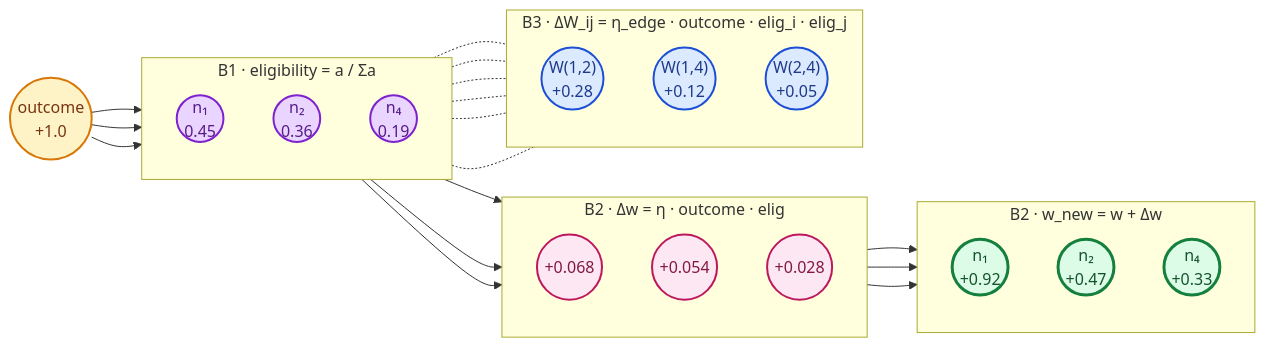
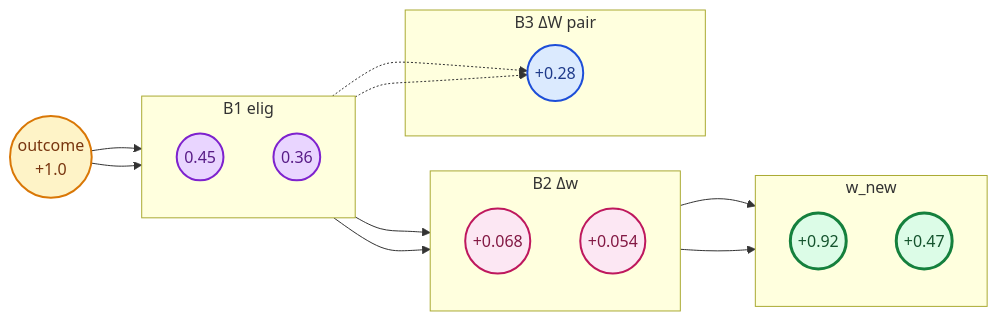
One commit to vitalops/coherence changed the third of 6 diagrams in docs/architecture.md. Above: the diagram before and after it, drawn with Mermaid. The commit also changed other lines of this file, not shown here.

Commit message:
upd: fix ugly diagrams

````diff
--- a/docs/architecture.md
+++ b/docs/architecture.md
@@ -140,53 +138,39 @@
 ```mermaid
 flowchart LR
-    OUT(("outcome<br/>+1.0")):::input
+    O((outcome<br/>+1.0)):::input
 
-    subgraph EL["B1 · eligibility = a / Σa"]
+    subgraph B1["B1 elig"]
         direction TB
-        e1(("n₁<br/>0.45")):::elig
-        e2(("n₂<br/>0.36")):::elig
-        e4(("n₄<br/>0.19")):::elig
+        e1((0.45)):::elig
+        e2((0.36)):::elig
     end
 
-    subgraph DW["B2 · Δw = η · outcome · elig"]
+    subgraph B2["B2 Δw"]
         direction TB
-        dw1(("+0.068")):::delta
-        dw2(("+0.054")):::delta
-        dw4(("+0.028")):::delta
+        d1((+0.068)):::delta
+        d2((+0.054)):::delta
     end
 
-    subgraph WN["B2 · w_new = w + Δw"]
+    subgraph WN["w_new"]
         direction TB
-        w1(("n₁<br/>+0.92")):::weight
-        w2(("n₂<br/>+0.47")):::weight
-        w4(("n₄<br/>+0.33")):::weight
+        w1((+0.92)):::weight
+        w2((+0.47)):::weight
     end
 
-    subgraph HE["B3 · ΔW_ij = η_edge · outcome · elig_i · elig_j"]
-        direction TB
-        h12(("W(1,2)<br/>+0.28")):::edge
-        h14(("W(1,4)<br/>+0.12")):::edge
-        h24(("W(2,4)<br/>+0.05")):::edge
+    subgraph B3["B3 ΔW pair"]
+        h12((+0.28)):::edge
     end
 
-    OUT --> e1
-    OUT --> e2
-    OUT --> e4
-
-    e1 --> dw1 --> w1
-    e2 --> dw2 --> w2
-    e4 --> dw4 --> w4
-
-    e1 -.- h12
-    e2 -.- h12
-    e1 -.- h14
-    e4 -.- h14
-    e2 -.- h24
-    e4 -.- h24
+    O --> e1
+    O --> e2
+    e1 --> d1 --> w1
+    e2 --> d2 --> w2
+    e1 -.-> h12
+    e2 -.-> h12
 
     classDef input fill:#fef3c7,stroke:#d97706,color:#78350f,stroke-width:2px
     classDef elig fill:#e9d5ff,stroke:#7e22ce,color:#581c87,stroke-width:2px
     classDef delta fill:#fce7f3,stroke:#be185d,color:#831843,stroke-width:2px
     classDef weight fill:#dcfce7,stroke:#15803d,color:#14532d,stroke-width:3px
     classDef edge fill:#dbeafe,stroke:#1d4ed8,color:#1e3a8a,stroke-width:2px
 ```
````
